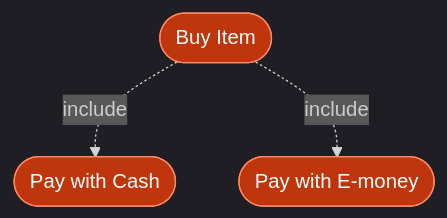
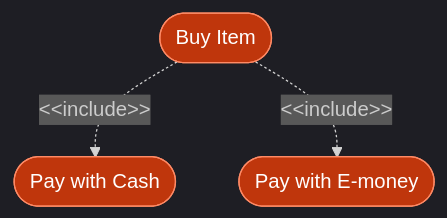
One commit to ToshikiImagawa/ai-sdd-workflow changed the seventh of 25 diagrams in plugins/sdd-workflow/shared/references/usecase_diagram_guide.md. Above: the diagram before and after it, drawn with Mermaid. The commit also changed other lines of this file and 48 other files, not shown here.

First line of the commit message:
v3.0.1: Mermaid記法のUML標準準拠とsdd-init設定管理機能の追加 (#35)

````diff
--- a/plugins/sdd-workflow/shared/references/usecase_diagram_guide.md
+++ b/plugins/sdd-workflow/shared/references/usecase_diagram_guide.md
@@ -205,14 +208,14 @@
 ```mermaid
 %%{init: {'theme': 'dark'}}%%
 flowchart TB
     BuyItem(["Buy Item"])
     PayCash(["Pay with Cash"])
     PayEMoney(["Pay with E-money"])
 
-    BuyItem -. include .-> PayCash
-    BuyItem -. include .-> PayEMoney
+    BuyItem -.->|"&lt;&lt;include&gt;&gt;"| PayCash
+    BuyItem -.->|"&lt;&lt;include&gt;&gt;"| PayEMoney
 
     classDef usecase fill:#bf360c,stroke:#ff8a65,color:#fff
 
     class BuyItem,PayCash,PayEMoney usecase
 ```
````
